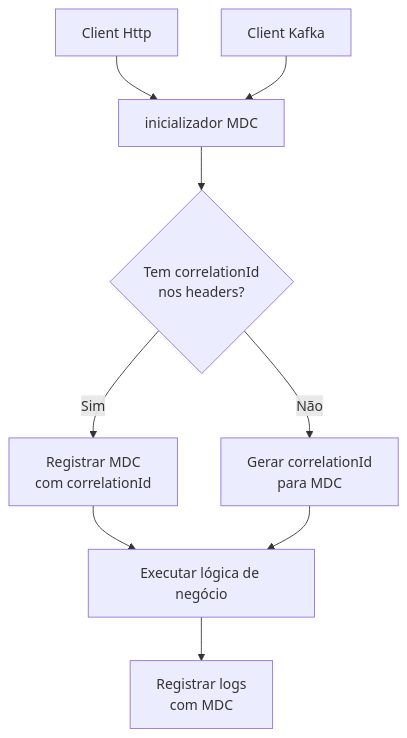
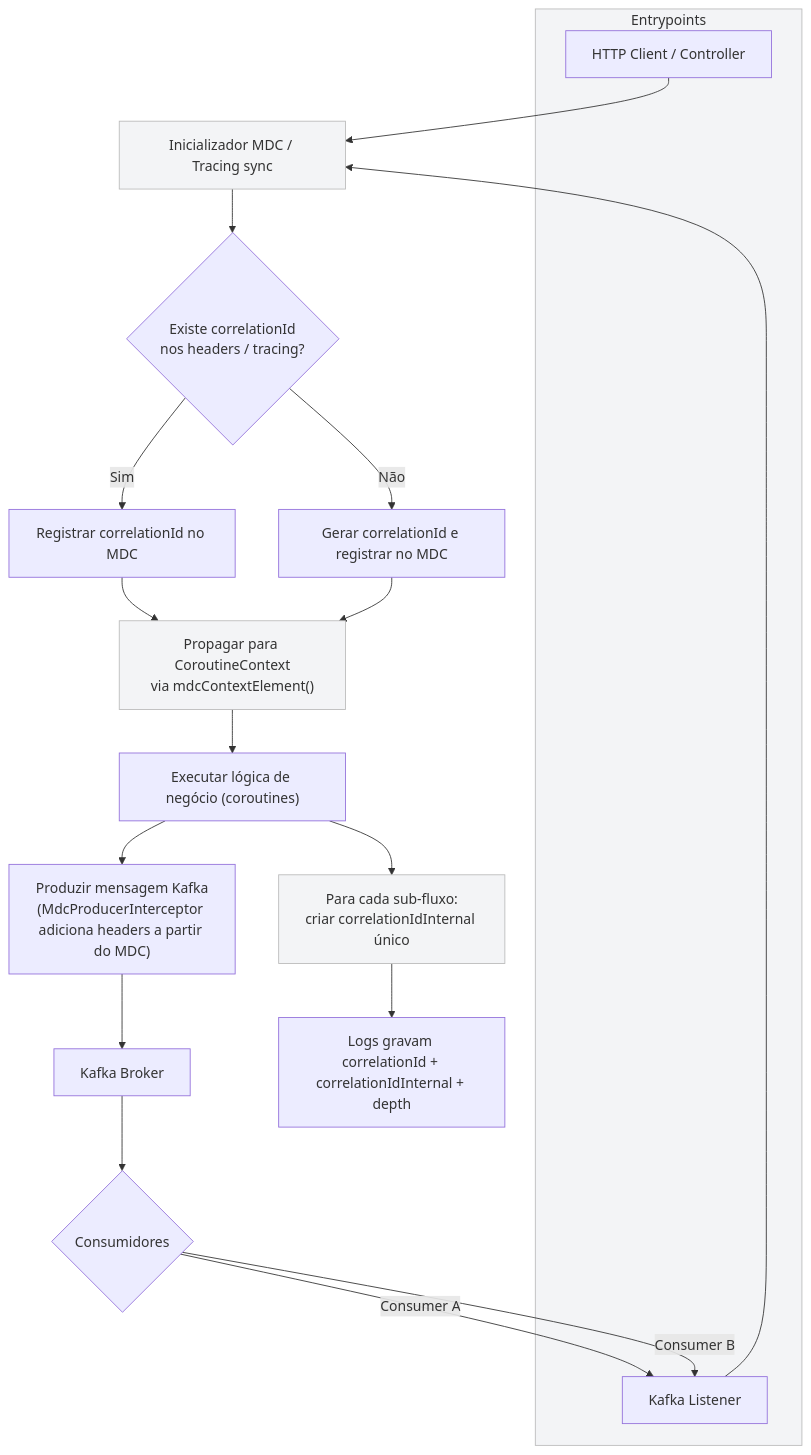
The diagram in diagramas/entrypoint.mmd (ThiagoHenriqueFP/log-tracker), drawn with Mermaid before and after one commit. The commit also changed 9 other files, not shown here.

Commit message:
diagramas e index

```diff
--- a/diagramas/entrypoint.mmd
+++ b/diagramas/entrypoint.mmd
@@ -1,10 +1,30 @@
 flowchart TD
-    C[inicializador MDC]
-    A[Client Http] --> C
-    B[Client Kafka] --> C
-    C --> D{Tem correlationId\n nos headers?}
-    D -->|Sim| E[Registrar MDC\ncom correlationId]
-    D -->|Não| F[Gerar correlationId\npara MDC]
-    E --> G
-    F --> G
-    G[Executar lógica de negócio] --> H[Registrar logs\ncom MDC]
+    subgraph Clients[Entrypoints]
+      HTTP[HTTP Client / Controller]
+      KAFKA[Kafka Listener]
+    end
+
+    INIT[Inicializador MDC / Tracing sync]
+
+    HTTP --> INIT
+    KAFKA --> INIT
+
+    INIT --> CHECK{Existe correlationId\nnos headers / tracing?}
+    CHECK -->|Sim| REGISTER[Registrar correlationId no MDC]
+    CHECK -->|Não| GENERATE[Gerar correlationId e registrar no MDC]
+
+    REGISTER --> PROP["Propagar para CoroutineContext\nvia mdcContextElement()"]
+    GENERATE --> PROP
+
+    PROP --> BUSINESS["Executar lógica de negócio (coroutines)"]
+    BUSINESS --> SUB[Para cada sub-fluxo:\ncriar correlationIdInternal único]
+    SUB --> LOGS[Logs gravam correlationId + correlationIdInternal + depth]
+
+    BUSINESS --> KPROD["Produzir mensagem Kafka\n(MdcProducerInterceptor adiciona headers a partir do MDC)"]
+    KPROD --> BROKER[Kafka Broker]
+    BROKER --> KCON{Consumidores}
+    KCON -->|Consumer A| KAFKA
+    KCON -->|Consumer B| KAFKA
+
+    classDef gray fill:#f3f4f6,stroke:#bbb
+    class Clients,INIT,PROP,SUB gray
```
